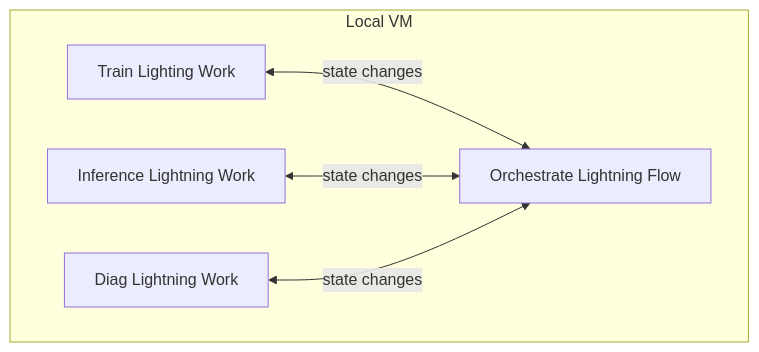
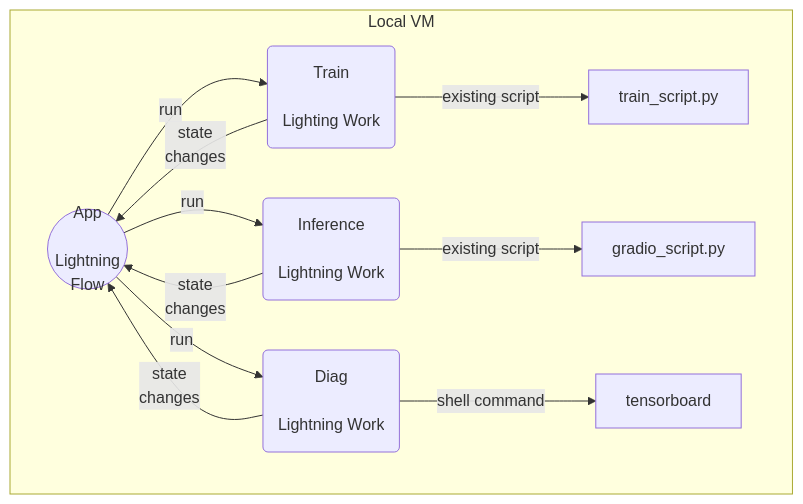
The first of 4 diagrams in README.md (robert-s-lee/lai-train-eval), drawn with Mermaid before and after one commit. The commit also changed other lines of this file and 1 other file, not shown here.

Commit message:
more diagrams 	modified:   README.md 	modified:   app.py

````diff
--- a/README.md
+++ b/README.md
@@ -31,9 +37,15 @@
 ```mermaid
 graph TD;
   subgraph Local VM
-    LF[Orchestrate Lightning Flow]
-    T[Train Lighting Work]      <-- state changes --> LF
-    I[Inference Lightning Work] <-- state changes --> LF
-    D[Diag Lightning Work]      <-- state changes-->  LF
+    LF((App <br><br>Lightning <br>Flow))
+    T(Train <br><br>Lighting Work)      -- state <br>changes --> LF
+    I(Inference <br><br>Lightning Work) -- state <br>changes --> LF
+    D(Diag <br><br>Lightning Work)      -- state <br>changes -->  LF
+    LF -- run --> T
+    LF -- run --> I
+    LF -- run --> D 
+    T -- existing script --> TS[train_script.py]
+    I -- existing script --> IS[gradio_script.py]
+    D -- shell command -->   DS[tensorboard]
   end
 ```
````
